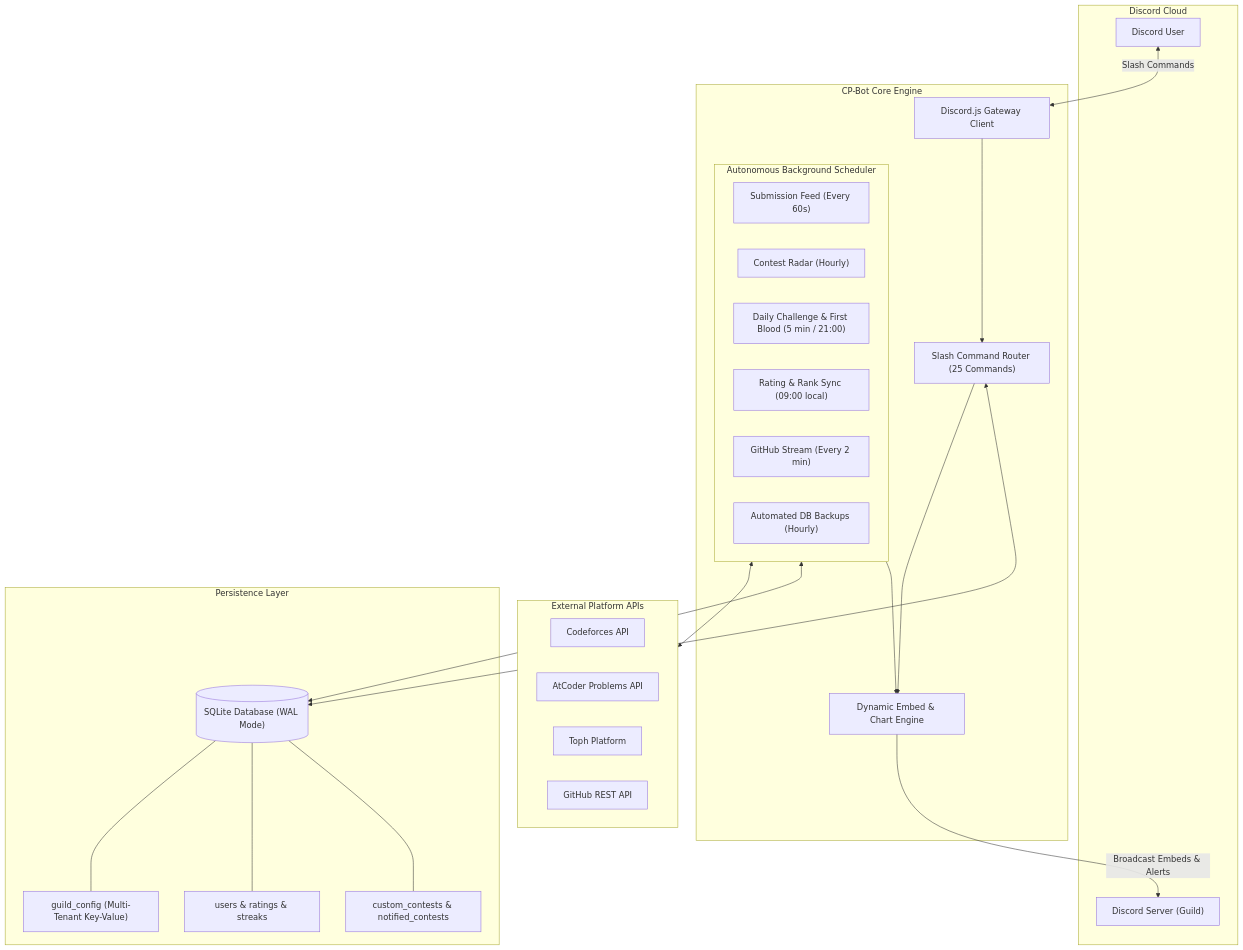
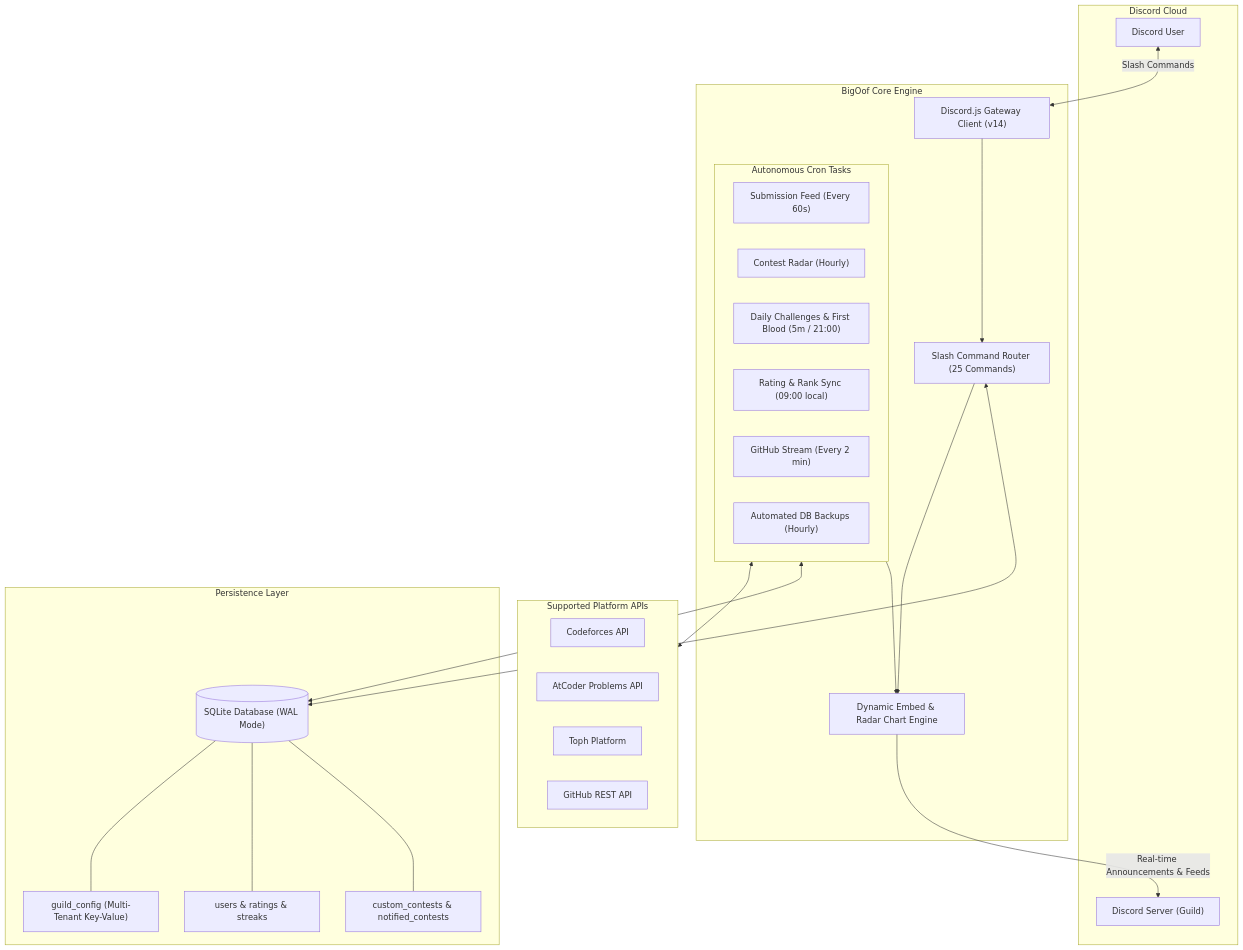
One commit to Pri8899/BigOof changed the diagram in README.md. Above: the diagram before and after it, drawn with Mermaid. The commit also changed other lines of this file and 11 other files, not shown here.

First line of the commit message:
feat: rebrand project to BigOof and clean legacy cloud configs

````diff
--- a/README.md
+++ b/README.md
@@ -62,50 +70,50 @@
 ```mermaid
 flowchart TD
     subgraph Discord ["Discord Cloud"]
         User["Discord User"]
         Guild["Discord Server (Guild)"]
     end
 
-    subgraph BotEngine ["CP-Bot Core Engine"]
-        Gateway["Discord.js Gateway Client"]
+    subgraph BigOofCore ["BigOof Core Engine"]
+        Gateway["Discord.js Gateway Client (v14)"]
         CmdRouter["Slash Command Router (25 Commands)"]
         
-        subgraph CronTasks ["Autonomous Background Scheduler"]
+        subgraph Schedulers ["Autonomous Cron Tasks"]
             FeedTask["Submission Feed (Every 60s)"]
             ContestTask["Contest Radar (Hourly)"]
-            DailyTask["Daily Challenge & First Blood (5 min / 21:00)"]
+            DailyTask["Daily Challenges & First Blood (5m / 21:00)"]
             RatingTask["Rating & Rank Sync (09:00 local)"]
             GitHubTask["GitHub Stream (Every 2 min)"]
             BackupTask["Automated DB Backups (Hourly)"]
         end
         
-        EmbedEngine["Dynamic Embed & Chart Engine"]
+        EmbedEngine["Dynamic Embed & Radar Chart Engine"]
     end
 
     subgraph DataStore ["Persistence Layer"]
         DB[("SQLite Database (WAL Mode)")]
         GuildConfig["guild_config (Multi-Tenant Key-Value)"]
         Users["users & ratings & streaks"]
-        ContestStore["custom_contests & notified_contests"]
+        Contests["custom_contests & notified_contests"]
     end
 
-    subgraph Platforms ["External Platform APIs"]
+    subgraph PlatformAPIs ["Supported Platform APIs"]
         CF["Codeforces API"]
         AC["AtCoder Problems API"]
         Toph["Toph Platform"]
         GH["GitHub REST API"]
     end
 
     User <-->|Slash Commands| Gateway
     Gateway --> CmdRouter
     CmdRouter --> EmbedEngine
     CmdRouter <--> DB
 
-    CronTasks <--> Platforms
-    CronTasks <--> DB
-    CronTasks --> EmbedEngine
-    EmbedEngine -->|Broadcast Embeds & Alerts| Guild
+    Schedulers <--> PlatformAPIs
+    Schedulers <--> DB
+    Schedulers --> EmbedEngine
+    EmbedEngine -->|Real-time Announcements & Feeds| Guild
     DB --- GuildConfig
     DB --- Users
-    DB --- ContestStore
+    DB --- Contests
 ```
````
